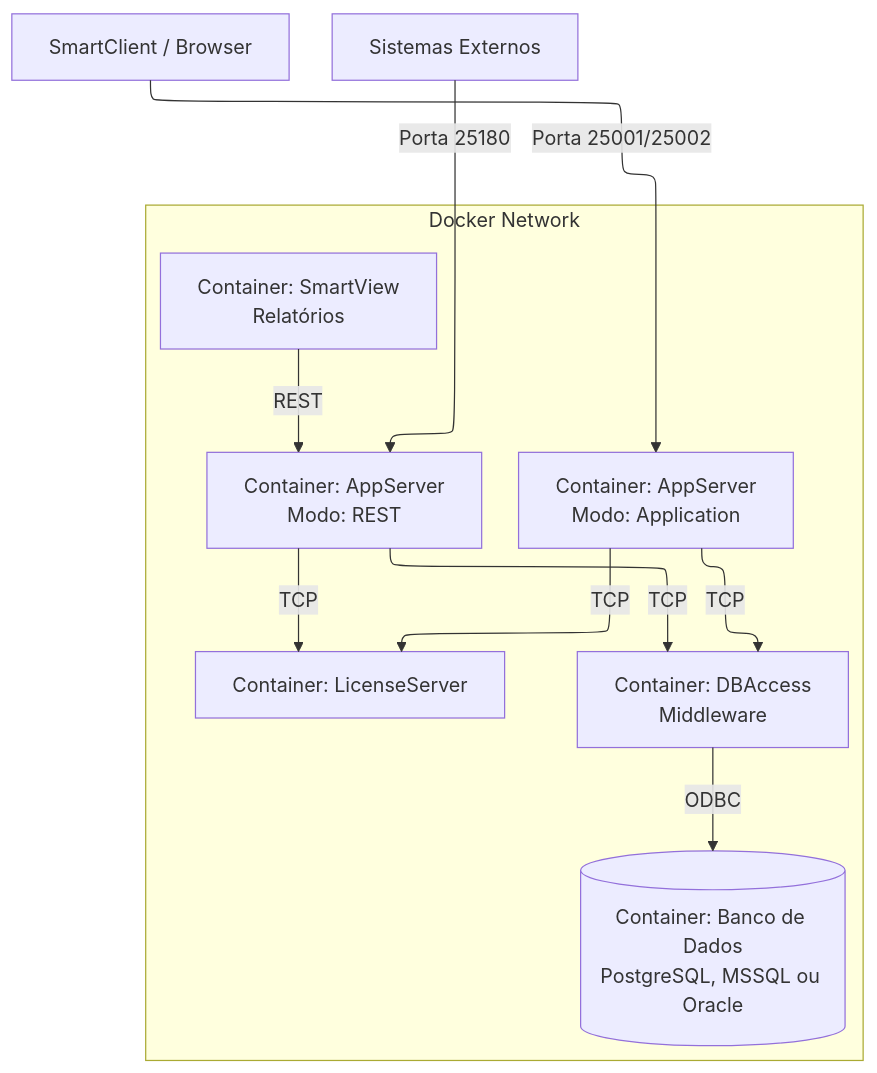
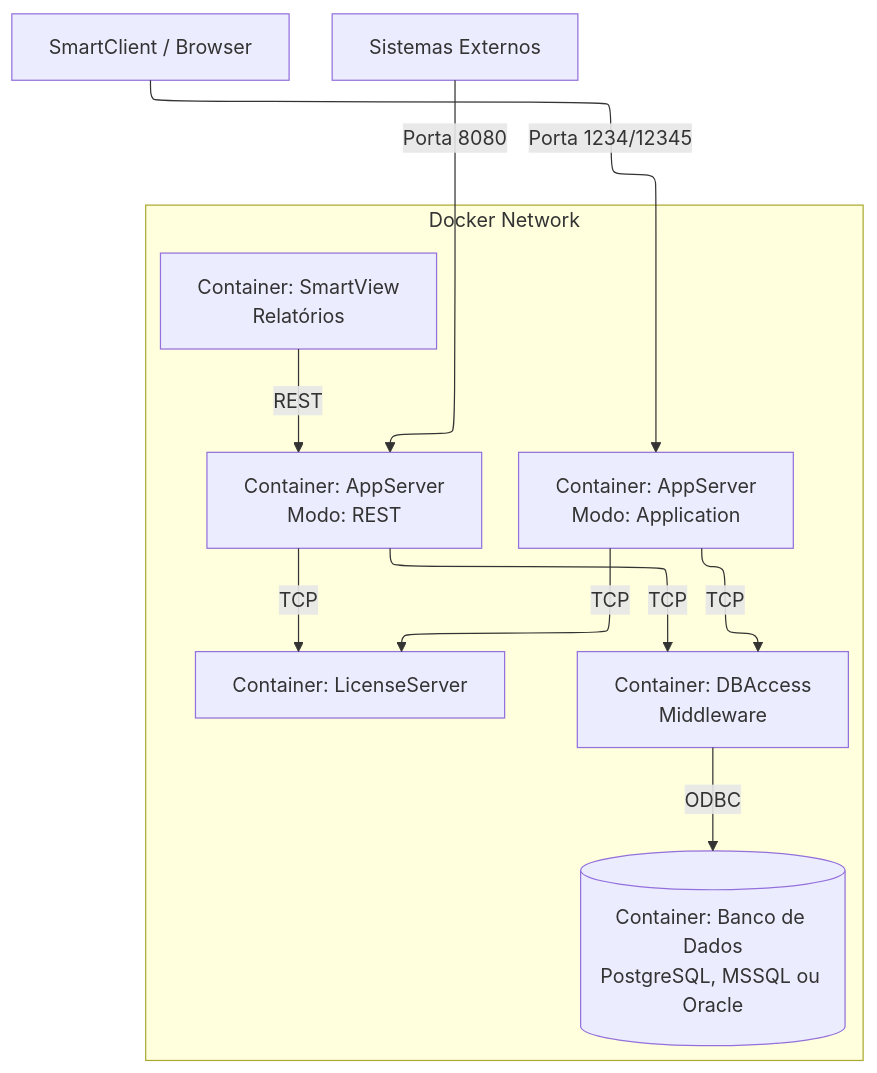
Before and after one commit to juliansantosinfo/TOTVS-Protheus-in-Docker: the diagram in docs/v1.0/02_Arquitetura.md, drawn with Mermaid. The commit also changed other lines of this file and 11 other files, not shown here.

````diff
--- a/docs/v1.0/02_Arquitetura.md
+++ b/docs/v1.0/02_Arquitetura.md
@@ -9,21 +9,21 @@
 ```mermaid
 ---
 config:
   layout: elk
 ---
 flowchart TB
  subgraph subGraph0["Docker Network"]
         AppServer["Container: AppServer<br>Modo: Application"]
         AppRest["Container: AppServer<br>Modo: REST"]
         SmartView["Container: SmartView<br>Relatórios"]
         DBAccess["Container: DBAccess<br>Middleware"]
         License["Container: LicenseServer"]
         Database[("Container: Banco de Dados<br>PostgreSQL, MSSQL ou Oracle")]
   end
-    Client["SmartClient / Browser"] -- Porta 25001/25002 --> AppServer
-    ExtSystem["Sistemas Externos"] -- Porta 25180 --> AppRest
+    Client["SmartClient / Browser"] -- Porta 1234/12345 --> AppServer
+    ExtSystem["Sistemas Externos"] -- Porta 8080 --> AppRest
     AppServer -- TCP --> DBAccess & License
     AppRest -- TCP --> DBAccess & License
     SmartView -- REST --> AppRest
     DBAccess -- ODBC --> Database
 ```
````
